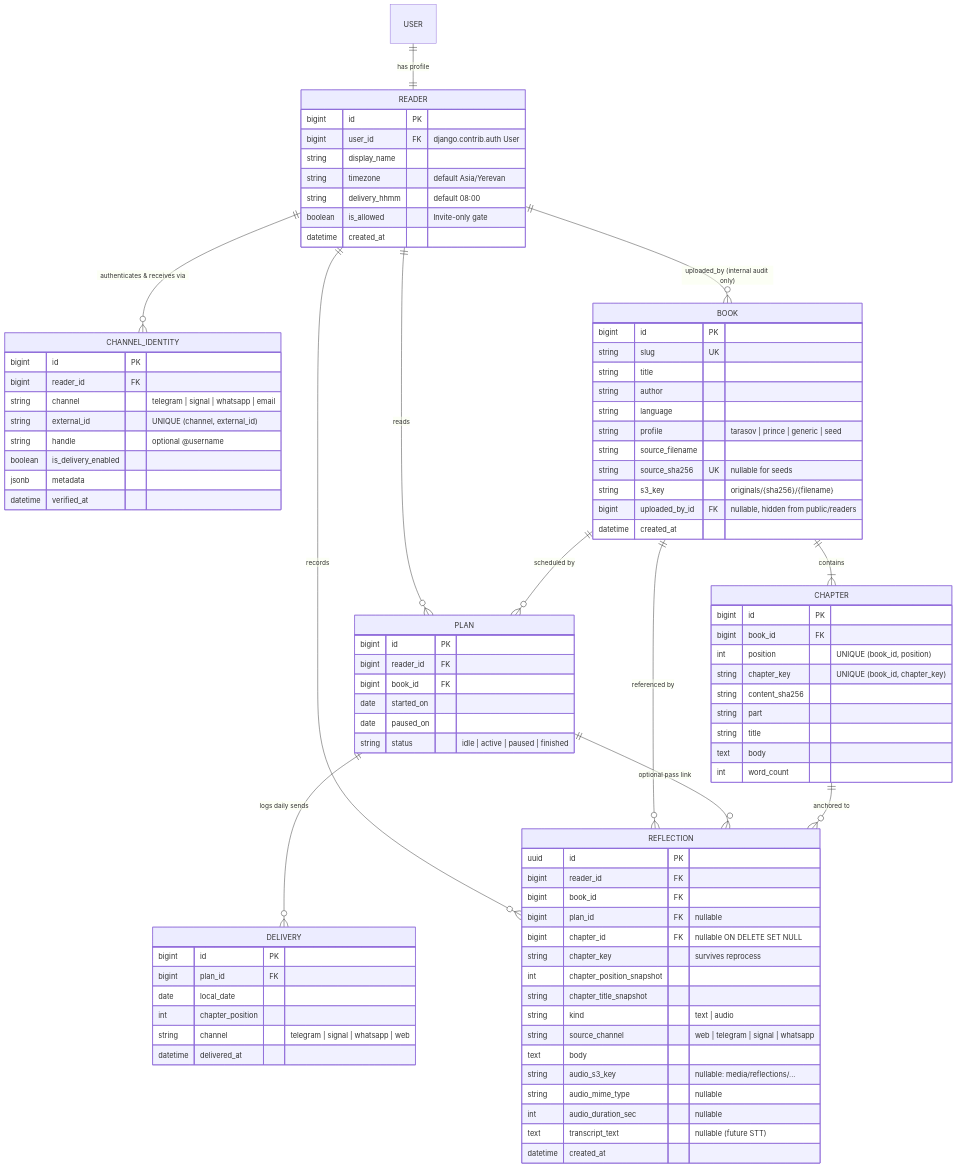
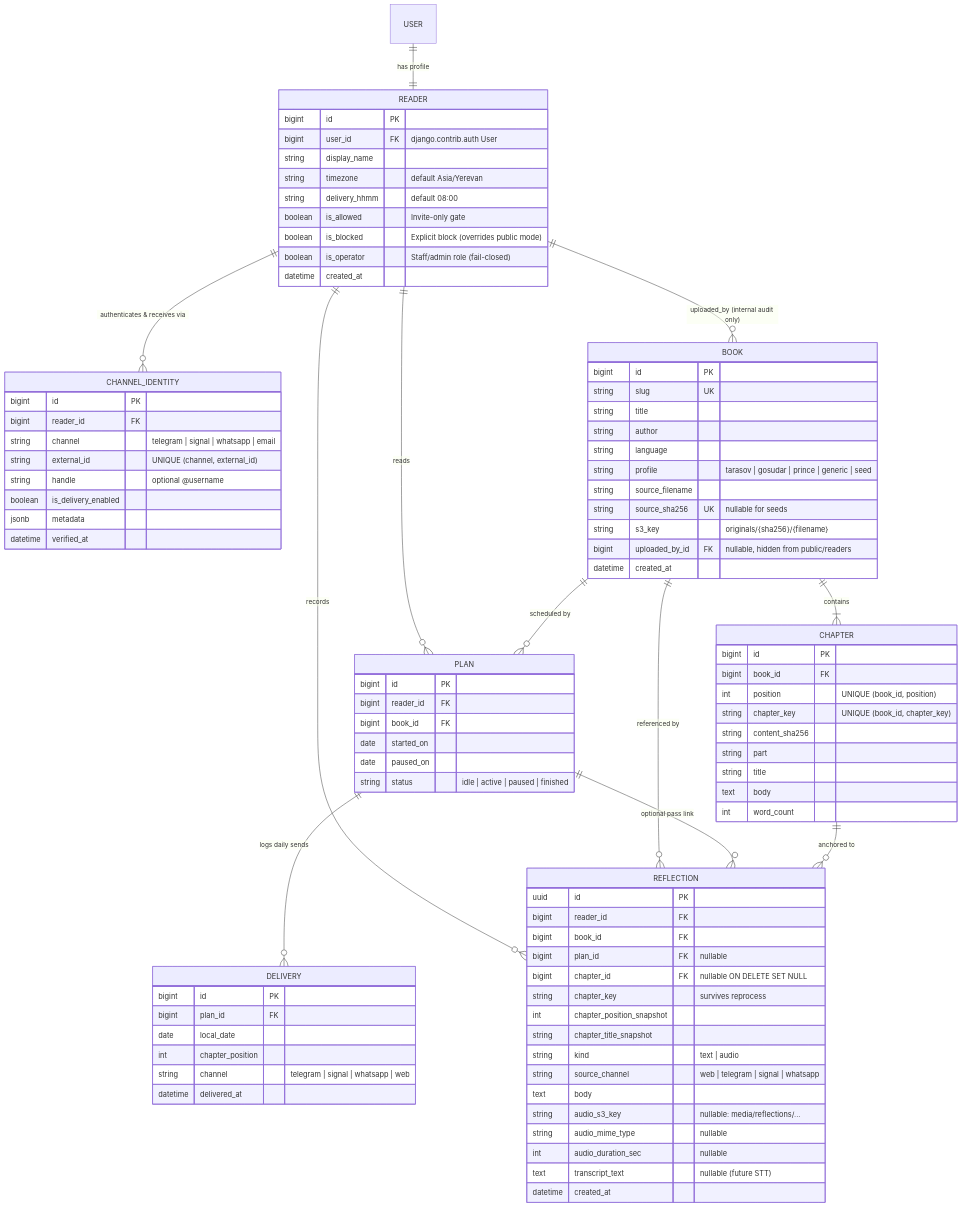
Before and after one commit to kajarenc5/book-drip: the second of 5 diagrams in docs/architecture/README.md, drawn with Mermaid. The commit also changed other lines of this file and 17 other files, not shown here.

```diff
--- a/docs/architecture/README.md
+++ b/docs/architecture/README.md
@@ -94,6 +94,8 @@
     string timezone "default Asia/Yerevan"
     string delivery_hhmm "default 08:00"
     boolean is_allowed "Invite-only gate"
+    boolean is_blocked "Explicit block (overrides public mode)"
+    boolean is_operator "Staff/admin role (fail-closed)"
     datetime created_at
   }
 
@@ -114,7 +116,7 @@
     string title
     string author
     string language
-    string profile "tarasov | prince | generic | seed"
+    string profile "tarasov | gosudar | prince | generic | seed"
     string source_filename
     string source_sha256 UK "nullable for seeds"
     string s3_key "originals/{sha256}/{filename}"
```
